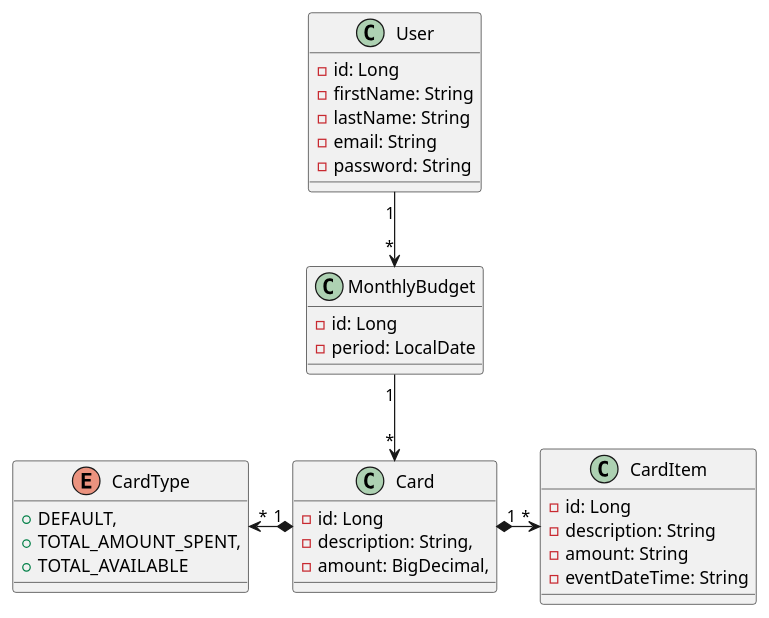
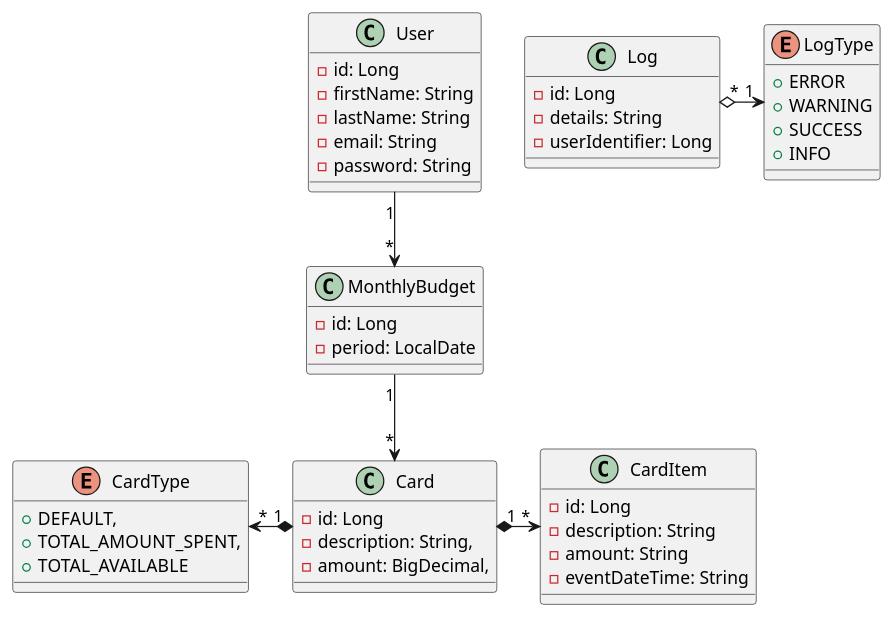
Before and after one commit to luan-coelho/conry-finance: the diagram in backend/conry-finance/classdiagram.plantuml, drawn with PlantUML.

Commit message:
docs: Adicionando mais entidades no diagrama de classe.

```diff
--- a/backend/conry-finance/classdiagram.plantuml
+++ b/backend/conry-finance/classdiagram.plantuml
@@ -1,42 +1,57 @@
 @startuml
 
 class CardItem {
     - id: Long
     - description: String
     - amount: String
     - eventDateTime: String
 }
 
 class Card {
     - id: Long
     - description: String,
     - amount: BigDecimal,
 }
 
 enum CardType {
     + DEFAULT,
     + TOTAL_AMOUNT_SPENT,
     + TOTAL_AVAILABLE
 }
 
 class MonthlyBudget {
     - id: Long
     - period: LocalDate
 }
 
 class User {
     - id: Long
     - firstName: String
     - lastName: String
     - email: String
     - password: String
 }
 
+class Log {
+    - id: Long
+    - details: String
+    - userIdentifier: Long
+}
+
+enum LogType {
+    + ERROR
+    + WARNING
+    + SUCCESS
+    + INFO
+}
+
 'Entity relationships
 
 User "1" --> "*" MonthlyBudget
 Card "1" *-right-> "*" CardItem
 Card "1" *-left-> "*" CardType
 MonthlyBudget "1" --> "*" Card
 
+Log "*" o-> "1" LogType
+
 @enduml
```
